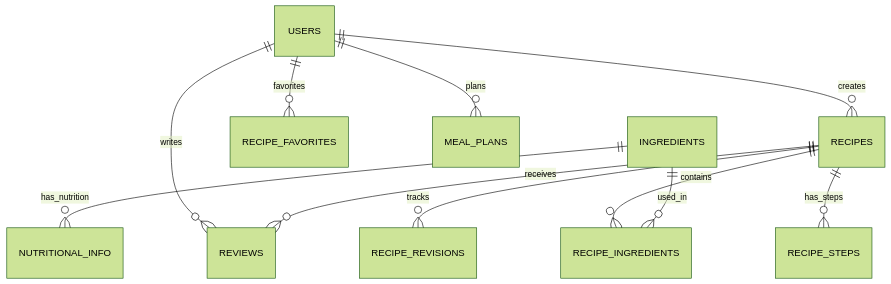
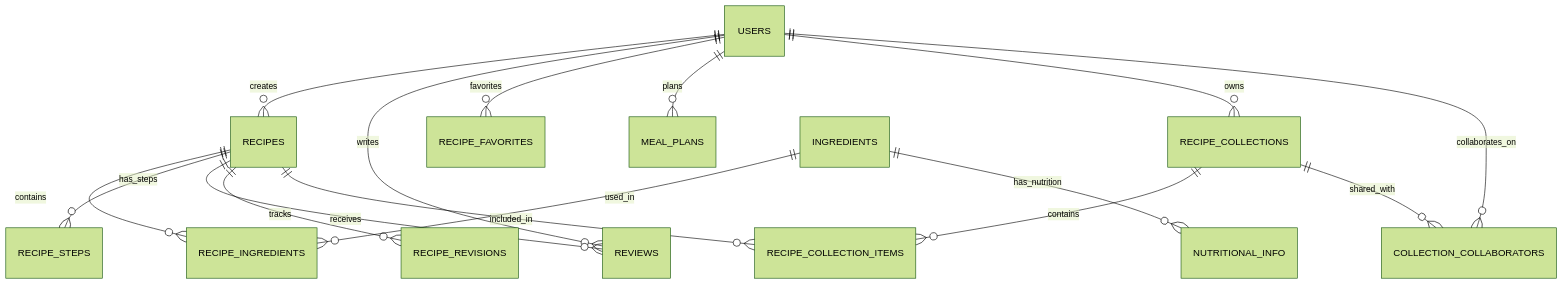
The diagram in README.md (Recipe-Web-App/recipe-database), drawn with Mermaid (forest theme) before and after one commit. The commit also changed other lines of this file and 18 other files, not shown here.

Commit message:
feat: implemented recipe collection tables

````diff
--- a/README.md
+++ b/README.md
@@ -81,13 +83,18 @@
 ```mermaid
 erDiagram
     USERS ||--o{ RECIPES : creates
     USERS ||--o{ REVIEWS : writes
     USERS ||--o{ RECIPE_FAVORITES : favorites
     USERS ||--o{ MEAL_PLANS : plans
+    USERS ||--o{ RECIPE_COLLECTIONS : owns
+    USERS ||--o{ COLLECTION_COLLABORATORS : collaborates_on
     RECIPES ||--o{ RECIPE_INGREDIENTS : contains
     RECIPES ||--o{ RECIPE_STEPS : has_steps
     RECIPES ||--o{ REVIEWS : receives
     RECIPES ||--o{ RECIPE_REVISIONS : tracks
+    RECIPES ||--o{ RECIPE_COLLECTION_ITEMS : included_in
+    RECIPE_COLLECTIONS ||--o{ RECIPE_COLLECTION_ITEMS : contains
+    RECIPE_COLLECTIONS ||--o{ COLLECTION_COLLABORATORS : shared_with
     INGREDIENTS ||--o{ RECIPE_INGREDIENTS : used_in
     INGREDIENTS ||--o{ NUTRITIONAL_INFO : has_nutrition
 ```
````
